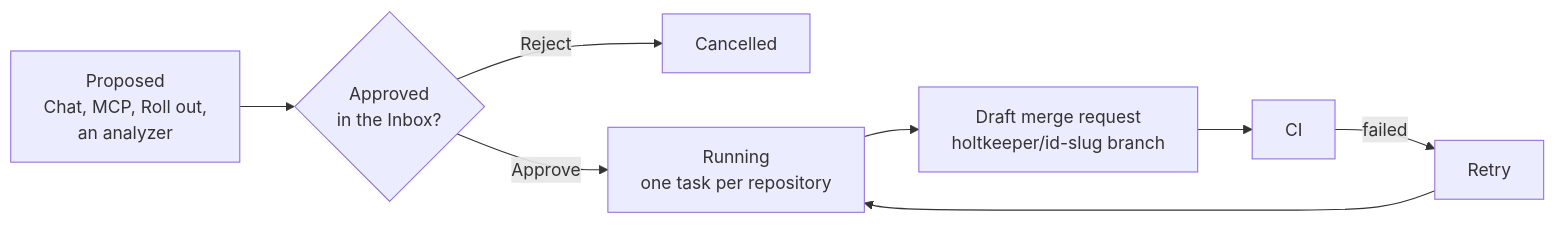
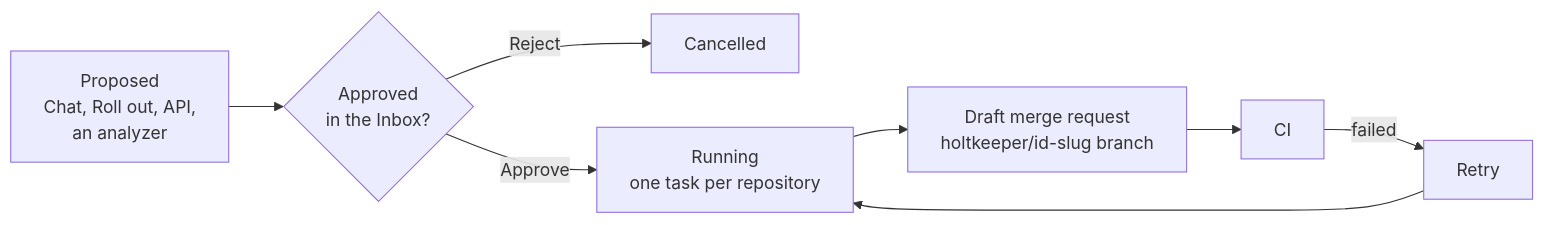
Before and after one commit to holtkeeper/holtkeeper: the diagram in docs/src/content/docs/start/concepts/tasks-and-inbox.mdx, drawn with Mermaid. The commit also changed other lines of this file and 32 other files, not shown here.

````diff
--- a/docs/src/content/docs/start/concepts/tasks-and-inbox.mdx
+++ b/docs/src/content/docs/start/concepts/tasks-and-inbox.mdx
@@ -12,10 +12,10 @@
 ```mermaid
 flowchart LR
-  A["Proposed<br/>Chat, MCP, Roll out,<br/>an analyzer"] --> B{"Approved<br/>in the Inbox?"}
+  A["Proposed<br/>Chat, Roll out, API,<br/>an analyzer"] --> B{"Approved<br/>in the Inbox?"}
   B -- Reject --> X["Cancelled"]
   B -- Approve --> C["Running<br/>one task per repository"]
   C --> D["Draft merge request<br/>holtkeeper/id-slug branch"]
   D --> E["CI"]
   E -- failed --> R["Retry"]
   R --> C
 ```
````
